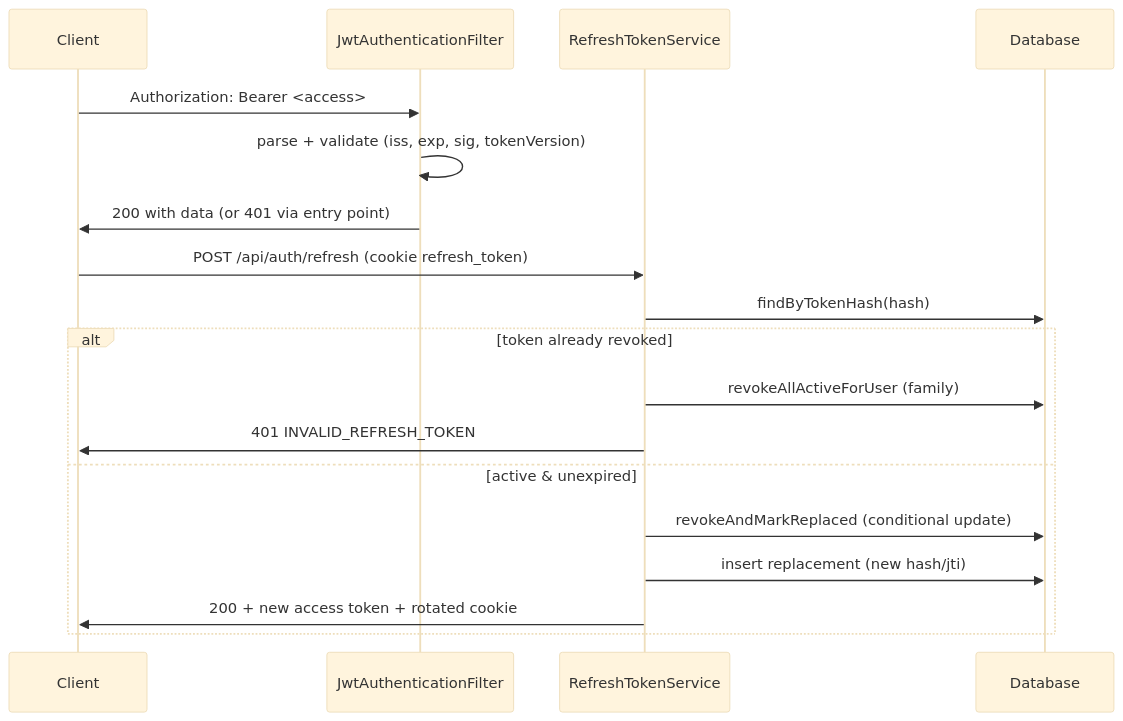
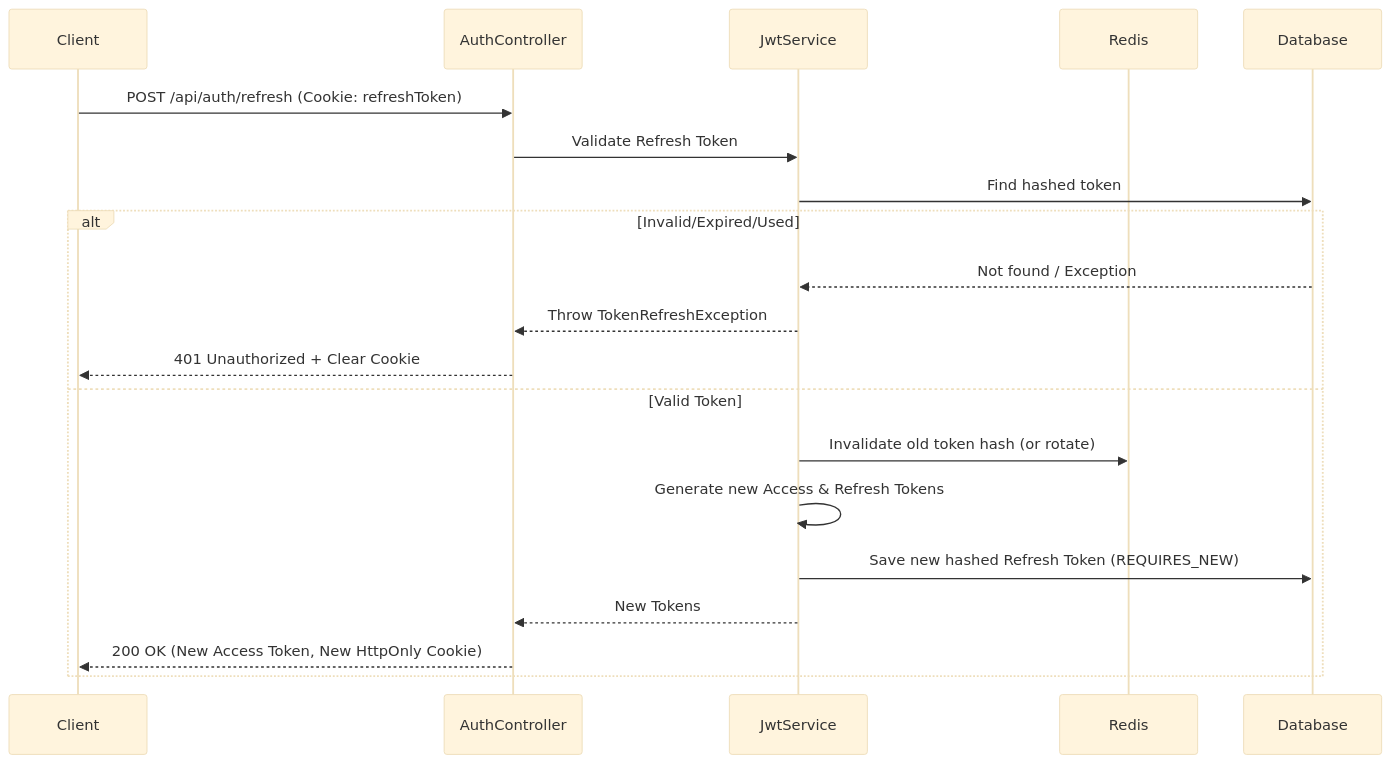
Before and after one commit to Gurry-12/insurance-policy-claim-capstone-project: the third of 3 diagrams in docs/06_Backend/JWT.md, drawn with Mermaid (base theme). The commit also changed other lines of this file and 86 other files, not shown here.

````diff
--- a/docs/06_Backend/JWT.md
+++ b/docs/06_Backend/JWT.md
@@ -55,22 +54,23 @@
 ```mermaid
 sequenceDiagram
-    participant C as Client
-    participant F as JwtAuthenticationFilter
-    participant R as RefreshTokenService
-    participant DB as Database
+    participant Client
+    participant AuthController
+    participant JwtService
+    participant Redis
+    participant Database
 
-    C->>F: Authorization: Bearer <access>
-    F->>F: parse + validate (iss, exp, sig, tokenVersion)
-    F->>C: 200 with data (or 401 via entry point)
-
-    C->>R: POST /api/auth/refresh (cookie refresh_token)
-    R->>DB: findByTokenHash(hash)
-    alt token already revoked
-        R->>DB: revokeAllActiveForUser (family)
-        R->>C: 401 INVALID_REFRESH_TOKEN
-    else active & unexpired
-        R->>DB: revokeAndMarkReplaced (conditional update)
-        R->>DB: insert replacement (new hash/jti)
-        R->>C: 200 + new access token + rotated cookie
+    Client->>AuthController: POST /api/auth/refresh (Cookie: refreshToken)
+    AuthController->>JwtService: Validate Refresh Token
+    JwtService->>Database: Find hashed token
+    alt Invalid/Expired/Used
+        Database-->>JwtService: Not found / Exception
+        JwtService-->>AuthController: Throw TokenRefreshException
+        AuthController-->>Client: 401 Unauthorized + Clear Cookie
+    else Valid Token
+        JwtService->>Redis: Invalidate old token hash (or rotate)
+        JwtService->>JwtService: Generate new Access & Refresh Tokens
+        JwtService->>Database: Save new hashed Refresh Token (REQUIRES_NEW)
+        JwtService-->>AuthController: New Tokens
+        AuthController-->>Client: 200 OK (New Access Token, New HttpOnly Cookie)
     end
 ```
````
